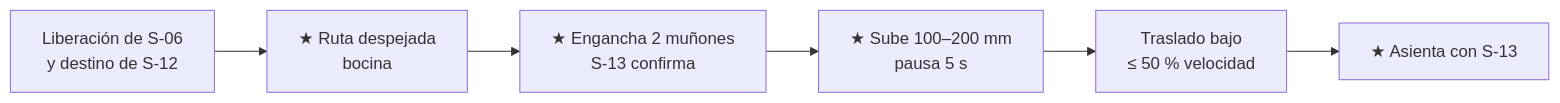
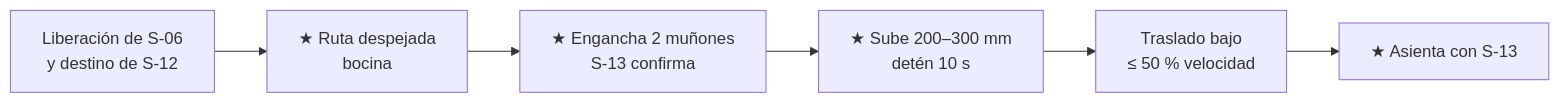
Before and after one commit to diegocardonaguzman03-maker/HR: the third of 6 diagrams in 10-plantas/01-steelmaking/06-instrucciones-trabajo/IT-S09-operador-grua-colada.md, drawn with Mermaid. The commit also changed other lines of this file and 9 other files, not shown here.

````diff
--- a/10-plantas/01-steelmaking/06-instrucciones-trabajo/IT-S09-operador-grua-colada.md
+++ b/10-plantas/01-steelmaking/06-instrucciones-trabajo/IT-S09-operador-grua-colada.md
@@ -99,8 +99,8 @@
 ```mermaid
 flowchart LR
     A["Liberación de S-06<br/>y destino de S-12"] --> B["★ Ruta despejada<br/>bocina"]
     B --> C["★ Engancha 2 muñones<br/>S-13 confirma"]
-    C --> D["★ Sube 100–200 mm<br/>pausa 5 s"]
+    C --> D["★ Sube 200–300 mm<br/>detén 10 s"]
     D --> E["Traslado bajo<br/>≤ 50 % velocidad"]
     E --> F["★ Asienta con S-13"]
 ```
````
